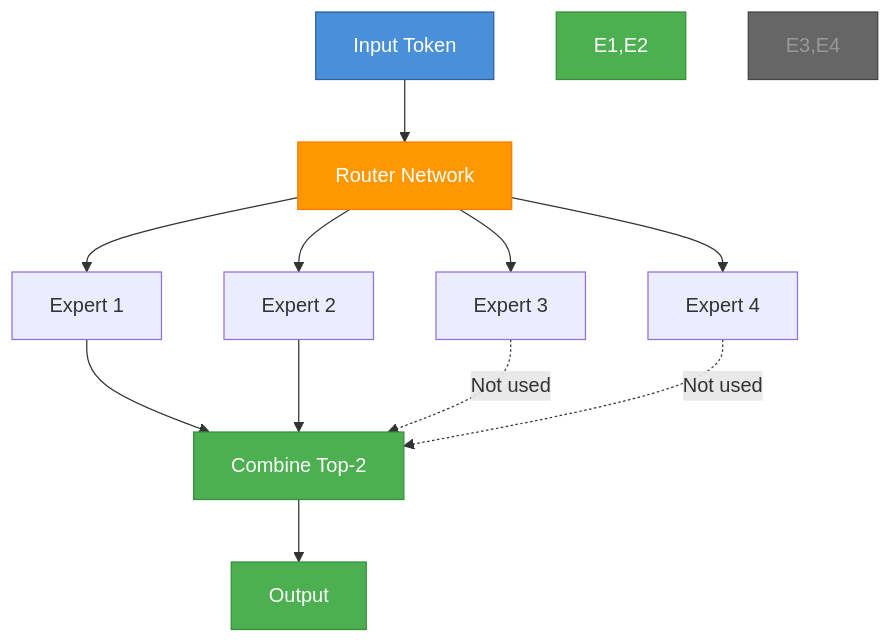
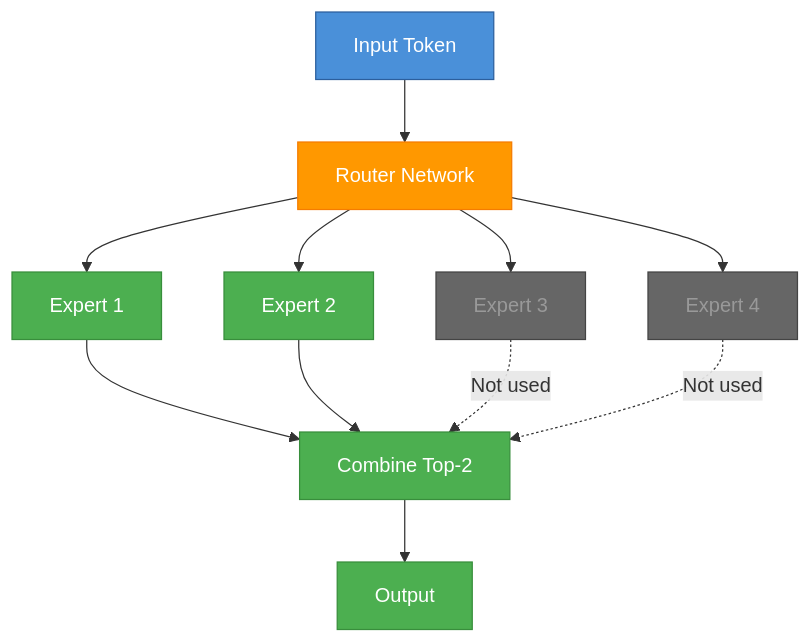
One commit to Parv17k/llm-fine-tuning-guide changed the fifth of 7 diagrams in docs/content/00-neural-networks-basics/01-llm-architectures.md. Above: the diagram before and after it, drawn with Mermaid. The commit also changed 5 other files, not shown here.

First line of the commit message:
Fix Mermaid diagram styles - split comma-separated node IDs into individual style lines

````diff
--- a/docs/content/00-neural-networks-basics/01-llm-architectures.md
+++ b/docs/content/00-neural-networks-basics/01-llm-architectures.md
@@ -261,20 +261,22 @@
 ```mermaid
 graph TB
     Input[Input Token] --> Router[Router Network]
     Router --> E1[Expert 1]
     Router --> E2[Expert 2]
     Router --> E3[Expert 3]
     Router --> E4[Expert 4]
     E1 --> Combine[Combine Top-2]
     E2 --> Combine
     E3 -.->|Not used| Combine
     E4 -.->|Not used| Combine
     Combine --> Output[Output]
     
     style Input fill:#4a90d9,stroke:#2c5f9d,color:#ffffff
     style Router fill:#ff9800,stroke:#f57c00,color:#ffffff
-    style E1,E2 fill:#4caf50,stroke:#388e3c,color:#ffffff
-    style E3,E4 fill:#666,stroke:#444,color:#999
+    style E1 fill:#4caf50,stroke:#388e3c,color:#ffffff
+    style E2 fill:#4caf50,stroke:#388e3c,color:#ffffff
+    style E3 fill:#666,stroke:#444,color:#999
+    style E4 fill:#666,stroke:#444,color:#999
     style Combine fill:#4caf50,stroke:#388e3c,color:#ffffff
     style Output fill:#4caf50,stroke:#388e3c,color:#ffffff
 ```
````
